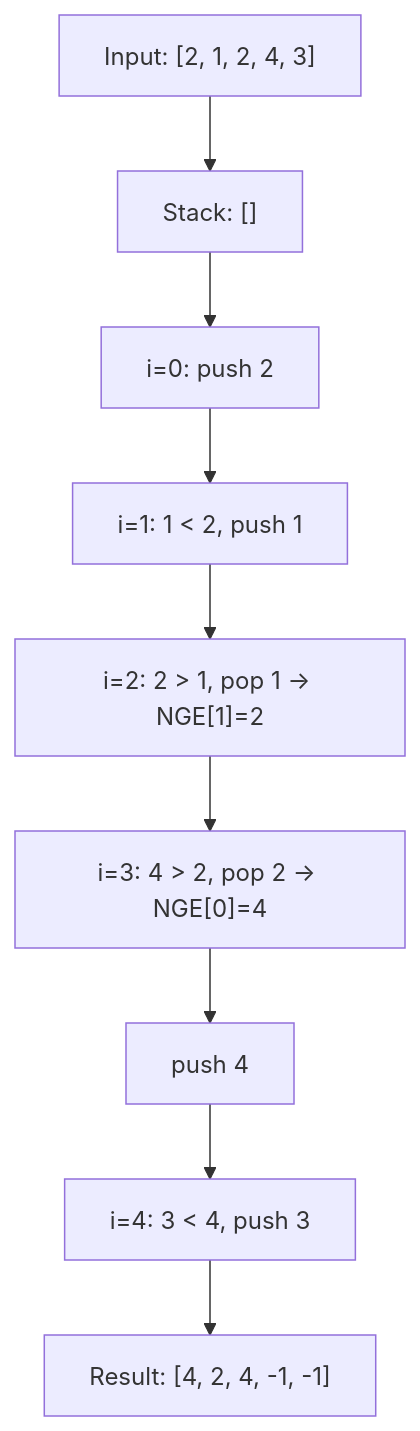
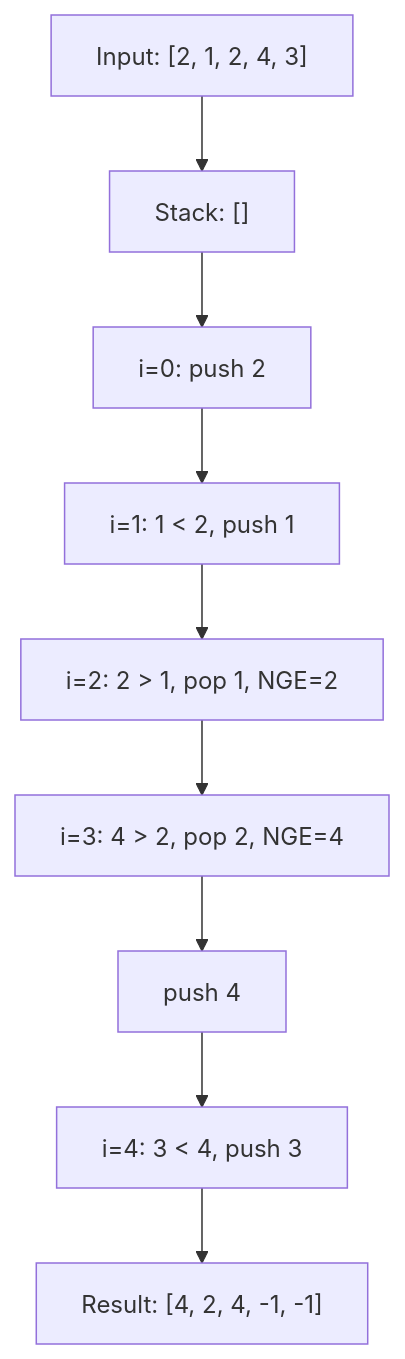
Before and after one commit to masudranaxpert/flowdesk: the third of 3 diagrams in src/data/docs/chapters/dsa/stacks-queues.md, drawn with Mermaid. The commit also changed 4 other files, not shown here.

Commit message:
fix: update mermaid diagrams in DSA documentation to use HTML entities...

````diff
--- a/src/data/docs/chapters/dsa/stacks-queues.md
+++ b/src/data/docs/chapters/dsa/stacks-queues.md
@@ -106,11 +106,11 @@
 ```mermaid
 graph TD
     A["Input: [2, 1, 2, 4, 3]"] --> B["Stack: []"]
     B --> C["i=0: push 2"]
-    C --> D["i=1: 1 < 2, push 1"]
-    D --> E["i=2: 2 > 1, pop 1 → NGE[1]=2"]
-    E --> F["i=3: 4 > 2, pop 2 → NGE[0]=4"]
+    C --> D["i=1: 1 &lt; 2, push 1"]
+    D --> E["i=2: 2 &gt; 1, pop 1, NGE=2"]
+    E --> F["i=3: 4 &gt; 2, pop 2, NGE=4"]
     F --> G["push 4"]
-    G --> H["i=4: 3 < 4, push 3"]
+    G --> H["i=4: 3 &lt; 4, push 3"]
     H --> I["Result: [4, 2, 4, -1, -1]"]
 ```
````
